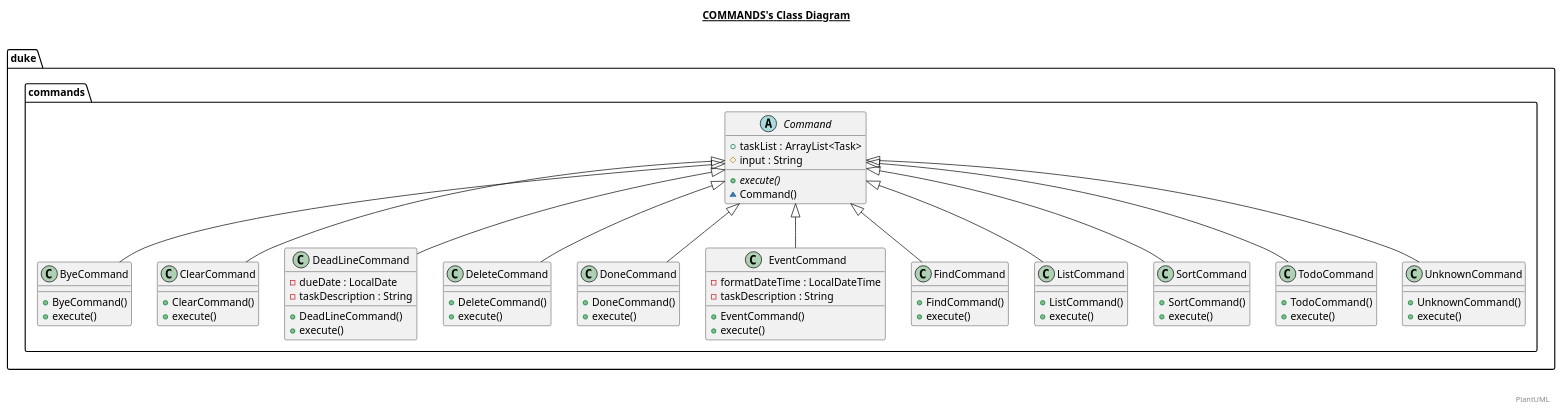
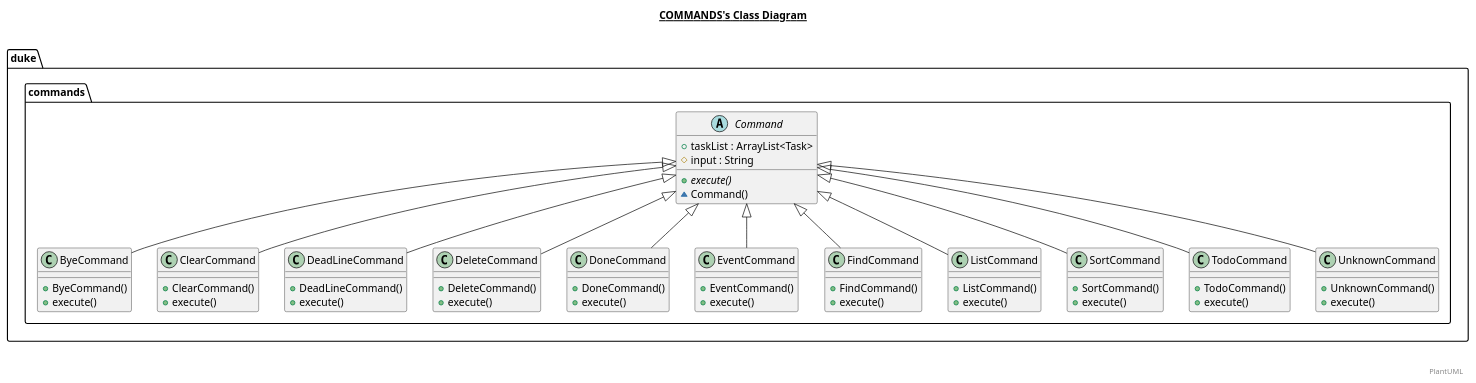
The diagram in docs/diagrams/commands.plantuml (nus-tic4001-AY2021S1/ip), drawn with PlantUML before and after one commit. The commit also changed 16 other files, not shown here.

```diff
--- a/docs/diagrams/commands.plantuml
+++ b/docs/diagrams/commands.plantuml
@@ -1,150 +1,146 @@
 @startuml
 
 title __COMMANDS's Class Diagram__\n
 
   namespace duke {
     namespace commands {
       class duke.commands.ByeCommand {
           + ByeCommand()
           + execute()
       }
     }
   }
   
 
   namespace duke {
     namespace commands {
       class duke.commands.ClearCommand {
           + ClearCommand()
           + execute()
       }
     }
   }
   
 
   namespace duke {
     namespace commands {
       abstract class duke.commands.Command {
           + taskList : ArrayList<Task>
           # input : String
           {abstract} + execute()
           ~ Command()
       }
     }
   }
   
 
   namespace duke {
     namespace commands {
       class duke.commands.DeadLineCommand {
-          - dueDate : LocalDate
-          - taskDescription : String
           + DeadLineCommand()
           + execute()
       }
     }
   }
   
 
   namespace duke {
     namespace commands {
       class duke.commands.DeleteCommand {
           + DeleteCommand()
           + execute()
       }
     }
   }
   
 
   namespace duke {
     namespace commands {
       class duke.commands.DoneCommand {
           + DoneCommand()
           + execute()
       }
     }
   }
   
 
   namespace duke {
     namespace commands {
       class duke.commands.EventCommand {
-          - formatDateTime : LocalDateTime
-          - taskDescription : String
           + EventCommand()
           + execute()
       }
     }
   }
   
 
   namespace duke {
     namespace commands {
       class duke.commands.FindCommand {
           + FindCommand()
           + execute()
       }
     }
   }
   
 
   namespace duke {
     namespace commands {
       class duke.commands.ListCommand {
           + ListCommand()
           + execute()
       }
     }
   }
   
 
   namespace duke {
     namespace commands {
       class duke.commands.SortCommand {
           + SortCommand()
           + execute()
       }
     }
   }
   
 
   namespace duke {
     namespace commands {
       class duke.commands.TodoCommand {
           + TodoCommand()
           + execute()
       }
     }
   }
   
 
   namespace duke {
     namespace commands {
       class duke.commands.UnknownCommand {
           + UnknownCommand()
           + execute()
       }
     }
   }
   
 
   duke.commands.ByeCommand -up-|> duke.commands.Command
   duke.commands.ClearCommand -up-|> duke.commands.Command
   duke.commands.DeadLineCommand -up-|> duke.commands.Command
   duke.commands.DeleteCommand -up-|> duke.commands.Command
   duke.commands.DoneCommand -up-|> duke.commands.Command
   duke.commands.EventCommand -up-|> duke.commands.Command
   duke.commands.FindCommand -up-|> duke.commands.Command
   duke.commands.ListCommand -up-|> duke.commands.Command
   duke.commands.SortCommand -up-|> duke.commands.Command
   duke.commands.TodoCommand -up-|> duke.commands.Command
   duke.commands.UnknownCommand -up-|> duke.commands.Command
 
 
 right footer
 
 
 PlantUML
 endfooter
 
 @enduml
```
